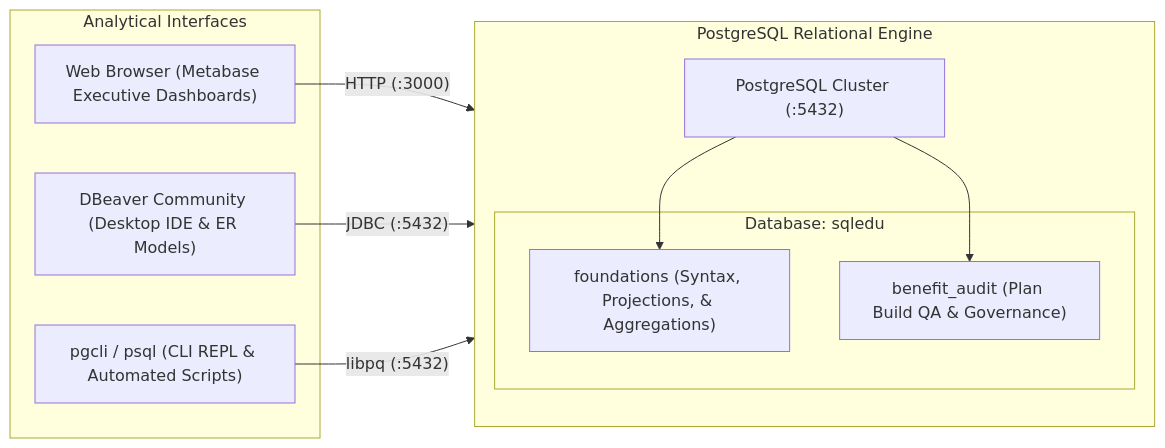
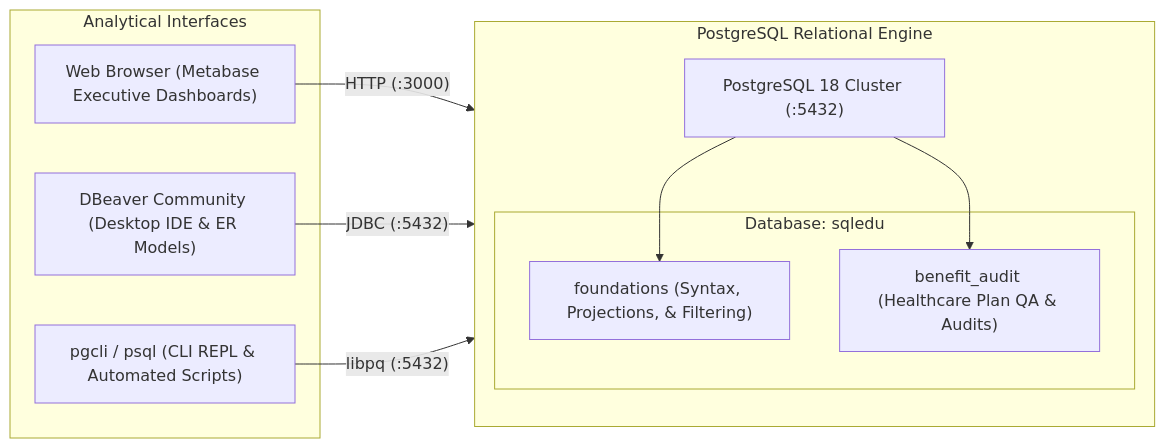
Before and after one commit to jmacialek/sql-edu: the diagram in README.md, drawn with Mermaid. The commit also changed other lines of this file and 8 other files, not shown here.

Commit message:
feat: redesign beginner curriculum from ground zero and update roadmap

````diff
--- a/README.md
+++ b/README.md
@@ -26,24 +26,24 @@
 ```mermaid
 graph LR
     subgraph Client ["Analytical Interfaces"]
         Browser["Web Browser (Metabase Executive Dashboards)"]
         DBeaver["DBeaver Community (Desktop IDE & ER Models)"]
         CLI["pgcli / psql (CLI REPL & Automated Scripts)"]
     end
 
     subgraph Engine ["PostgreSQL Relational Engine"]
-        PG["PostgreSQL Cluster (:5432)"]
+        PG["PostgreSQL 18 Cluster (:5432)"]
         
         subgraph Schemas ["Database: sqledu"]
-            S1["foundations (Syntax, Projections, & Aggregations)"]
-            S2["benefit_audit (Plan Build QA & Governance)"]
+            S1["foundations (Syntax, Projections, & Filtering)"]
+            S2["benefit_audit (Healthcare Plan QA & Audits)"]
         end
         
         PG --> S1
         PG --> S2
     end
 
     Browser -->|"HTTP (:3000)"| Engine
     DBeaver -->|"JDBC (:5432)"| Engine
     CLI -->|"libpq (:5432)"| Engine
 ```
````
